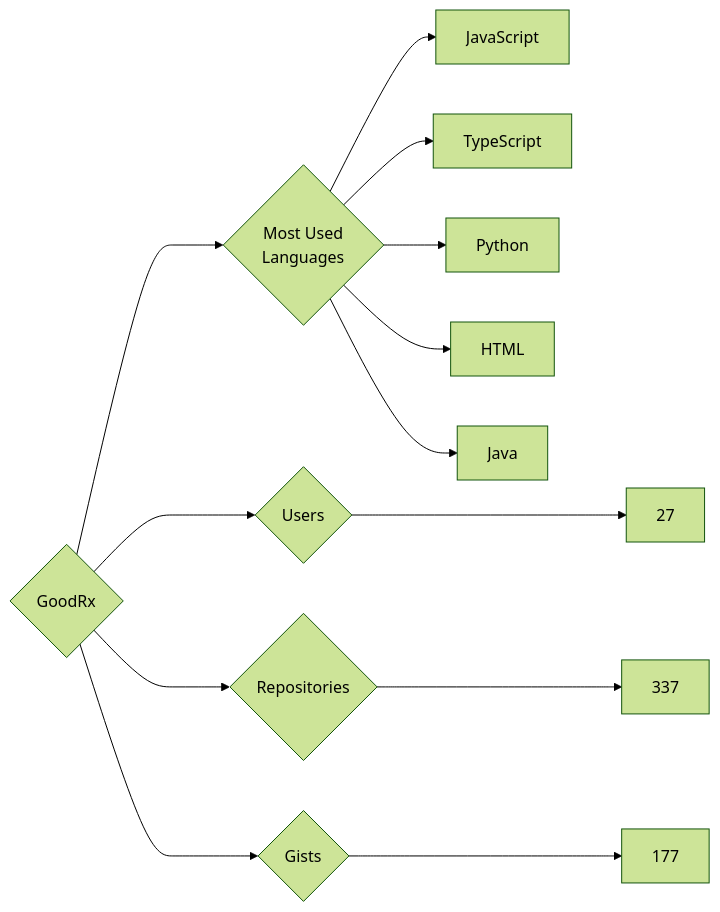
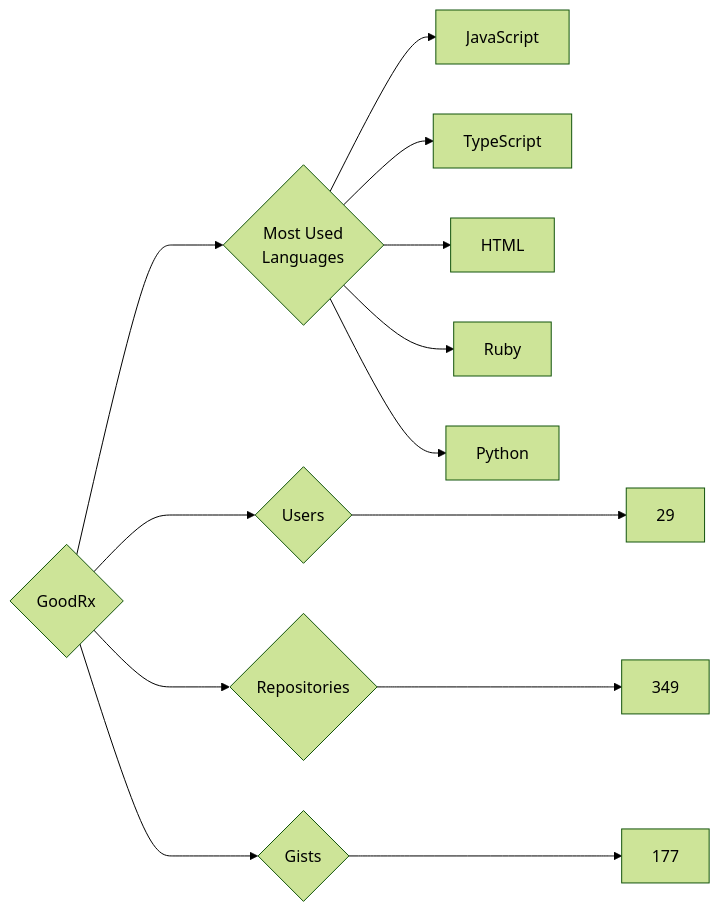
Before and after one commit to trickest/insiders: the diagram in targets/GoodRx/README.md, drawn with Mermaid (forest theme). The commit also changed 640 other files, not shown here.

````diff
--- a/targets/GoodRx/README.md
+++ b/targets/GoodRx/README.md
@@ -3,13 +3,13 @@
 ```mermaid
 graph LR
 COMPANY_NAME{GoodRx}
-COMPANY_NAME ---> U{Users} ---> UN[27]
-COMPANY_NAME ---> R{Repositories} ---> RN[337]
+COMPANY_NAME ---> U{Users} ---> UN[29]
+COMPANY_NAME ---> R{Repositories} ---> RN[349]
 COMPANY_NAME ---> G{Gists} ---> GN[177]
 COMPANY_NAME ---> ML{Most Used<br>Languages}
 ML --> JavaScript[JavaScript]
 ML --> TypeScript[TypeScript]
+ML --> HTML[HTML]
+ML --> Ruby[Ruby]
 ML --> Python[Python]
-ML --> HTML[HTML]
-ML --> Java[Java]
 ```
````
